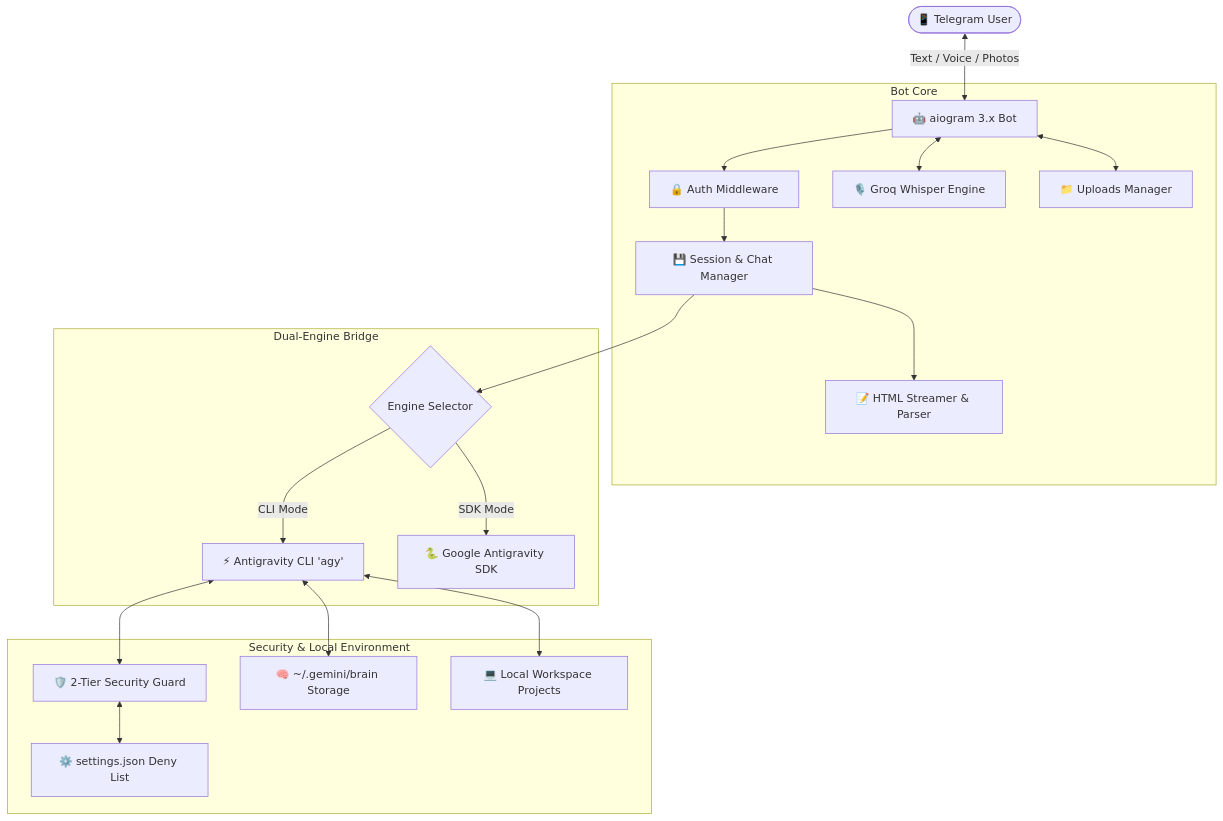
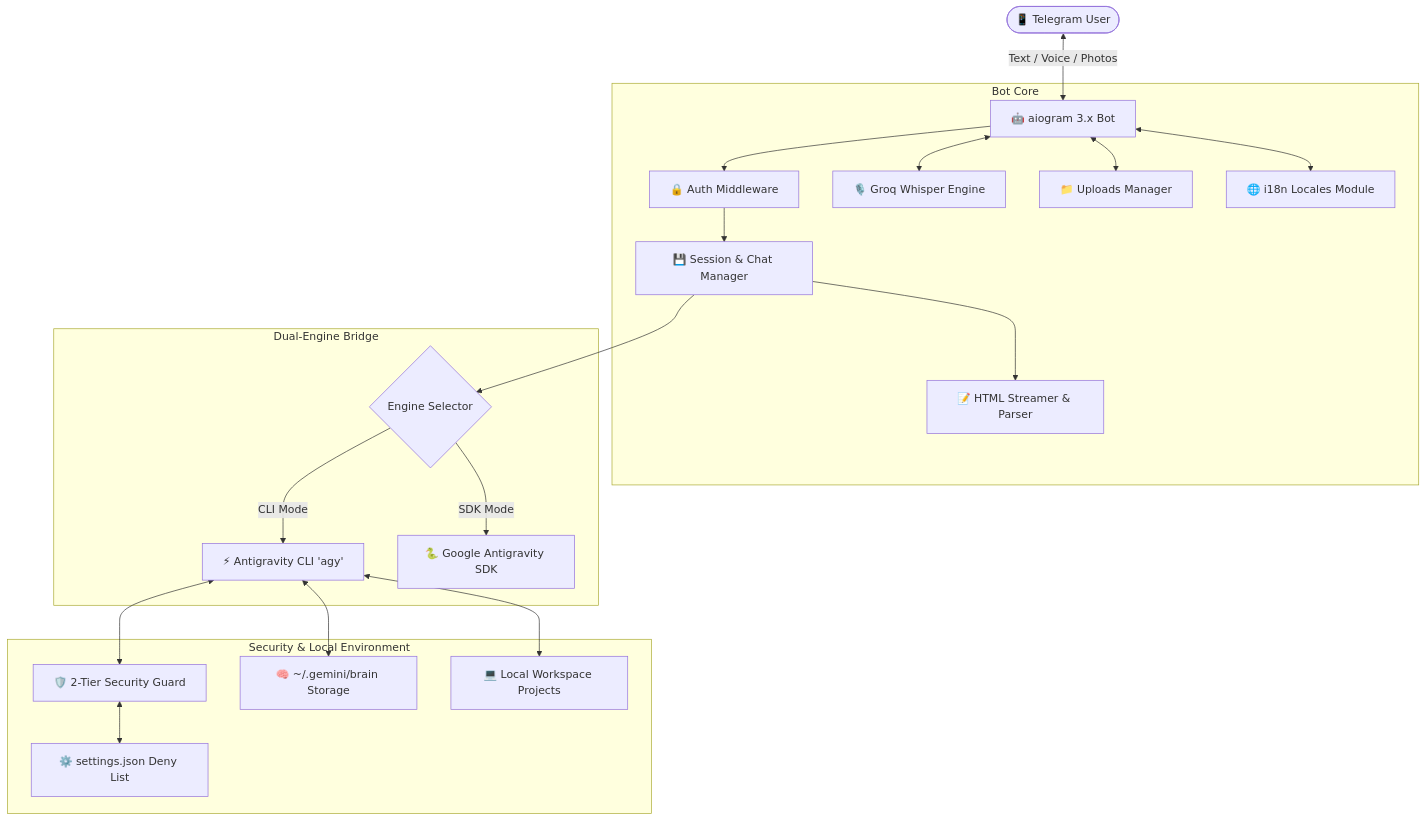
One commit to serjdzen/antigravity-tg-bro changed the diagram in README.md. Above: the diagram before and after it, drawn with Mermaid. The commit also changed other lines of this file and 16 other files, not shown here.

````diff
--- a/README.md
+++ b/README.md
@@ -44,25 +47,26 @@
 ```mermaid
 graph TD
     User([📱 Telegram User]) <-->|Text / Voice / Photos| TG[🤖 aiogram 3.x Bot]
     
     subgraph Bot Core
         TG --> Auth[🔒 Auth Middleware]
         Auth --> Session[💾 Session & Chat Manager]
         Session --> Formatter[📝 HTML Streamer & Parser]
         TG <--> Voice[🎙️ Groq Whisper Engine]
         TG <--> Uploads[📁 Uploads Manager]
+        TG <--> Locales[🌐 i18n Locales Module]
     end
 
     subgraph Dual-Engine Bridge
         Session --> Bridge{Engine Selector}
         Bridge -->|CLI Mode| CLI[⚡ Antigravity CLI 'agy']
         Bridge -->|SDK Mode| SDK[🐍 Google Antigravity SDK]
     end
 
     subgraph Security & Local Environment
         CLI <--> Safety[🛡️ 2-Tier Security Guard]
         Safety <--> Settings[⚙️ settings.json Deny List]
         CLI <--> Brain[🧠 ~/.gemini/brain Storage]
         CLI <--> Workspace[💻 Local Workspace Projects]
     end
 ```
````
